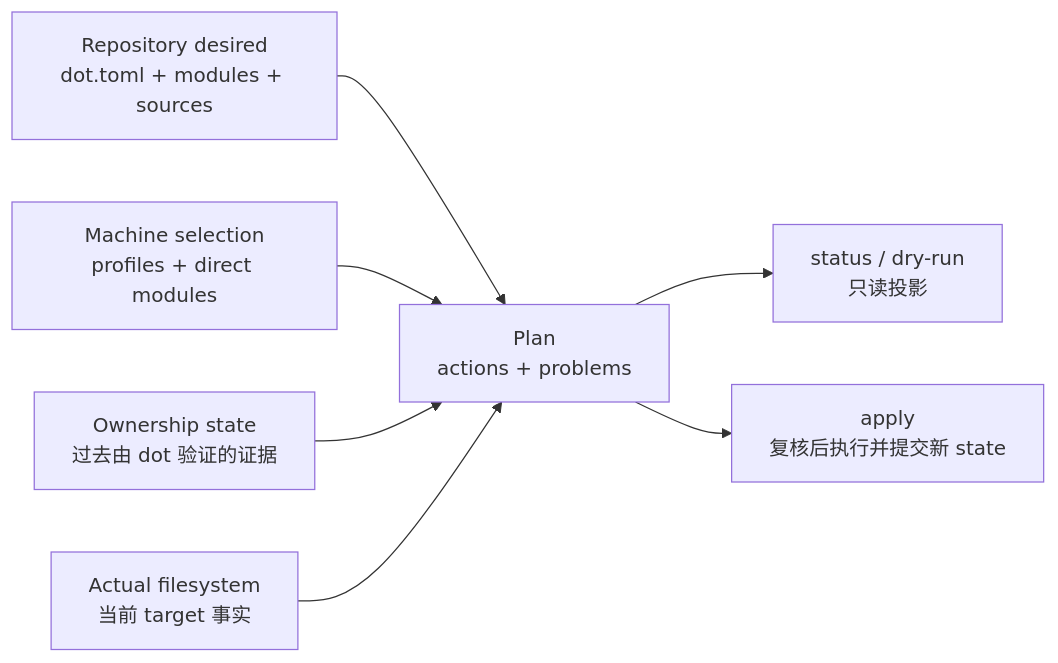
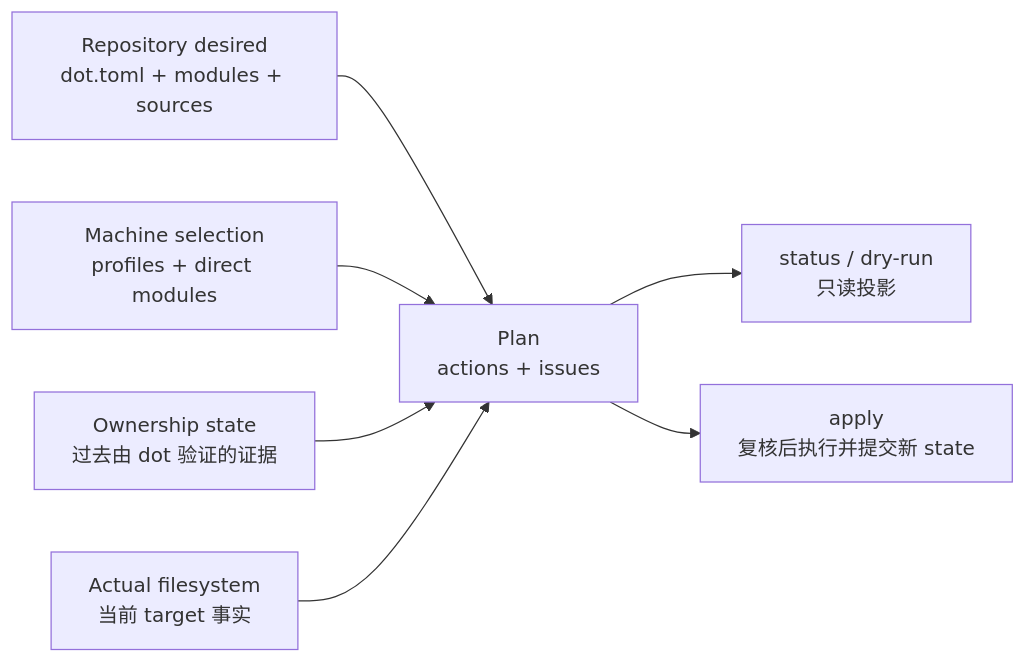
The diagram in docs/concepts/mental-model.md (mianm12/dotfiles), drawn with Mermaid before and after one commit. The commit also changed other lines of this file and 17 other files, not shown here.

Commit message:
refactor(architecture): finalize convergence v4 boundaries

````diff
--- a/docs/concepts/mental-model.md
+++ b/docs/concepts/mental-model.md
@@ -10,14 +10,14 @@
 ```mermaid
 flowchart LR
     R["Repository desired\ndot.toml + modules + sources"]
     M["Machine selection\nprofiles + direct modules"]
     S["Ownership state\n过去由 dot 验证的证据"]
     F["Actual filesystem\n当前 target 事实"]
-    P["Plan\nactions + problems"]
+    P["Plan\nactions + issues"]
     R --> P
     M --> P
     S --> P
     F --> P
     P --> O["status / dry-run\n只读投影"]
     P --> A["apply\n复核后执行并提交新 state"]
 ```
````
